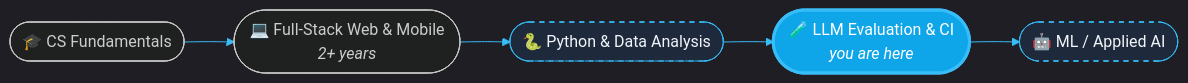
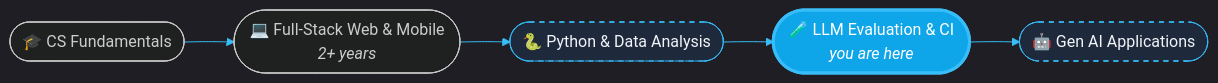
The diagram in README.md (3MaheshKadam/3MaheshKadam), drawn with Mermaid before and after one commit. The commit also changed other lines of this file, not shown here.

Commit message:
docs: update focus to LLMs and Gen AI

````diff
--- a/README.md
+++ b/README.md
@@ -122,12 +117,12 @@
 ```mermaid
 %%{init: {'theme':'dark', 'themeVariables': {'primaryColor':'#1e293b','primaryTextColor':'#f1f5f9','primaryBorderColor':'#38bdf8','lineColor':'#38bdf8','secondaryColor':'#0ea5e9','tertiaryColor':'#0f172a'}}}%%
 flowchart LR
     A([🎓 CS Fundamentals]) --> B([💻 Full-Stack Web & Mobile<br/><i>2+ years</i>])
     B --> C([🐍 Python & Data Analysis])
     C --> D([🧪 LLM Evaluation & CI<br/><i>you are here</i>])
-    D --> E([🤖 ML / Applied AI])
+    D --> E([🤖 Gen AI Applications])
 
     style D fill:#0ea5e9,stroke:#38bdf8,stroke-width:3px,color:#fff
     style E fill:#1e293b,stroke:#38bdf8,stroke-dasharray:5 5,color:#f1f5f9
     style C fill:#1e293b,stroke:#38bdf8,stroke-dasharray:5 5,color:#f1f5f9
 ```
````
